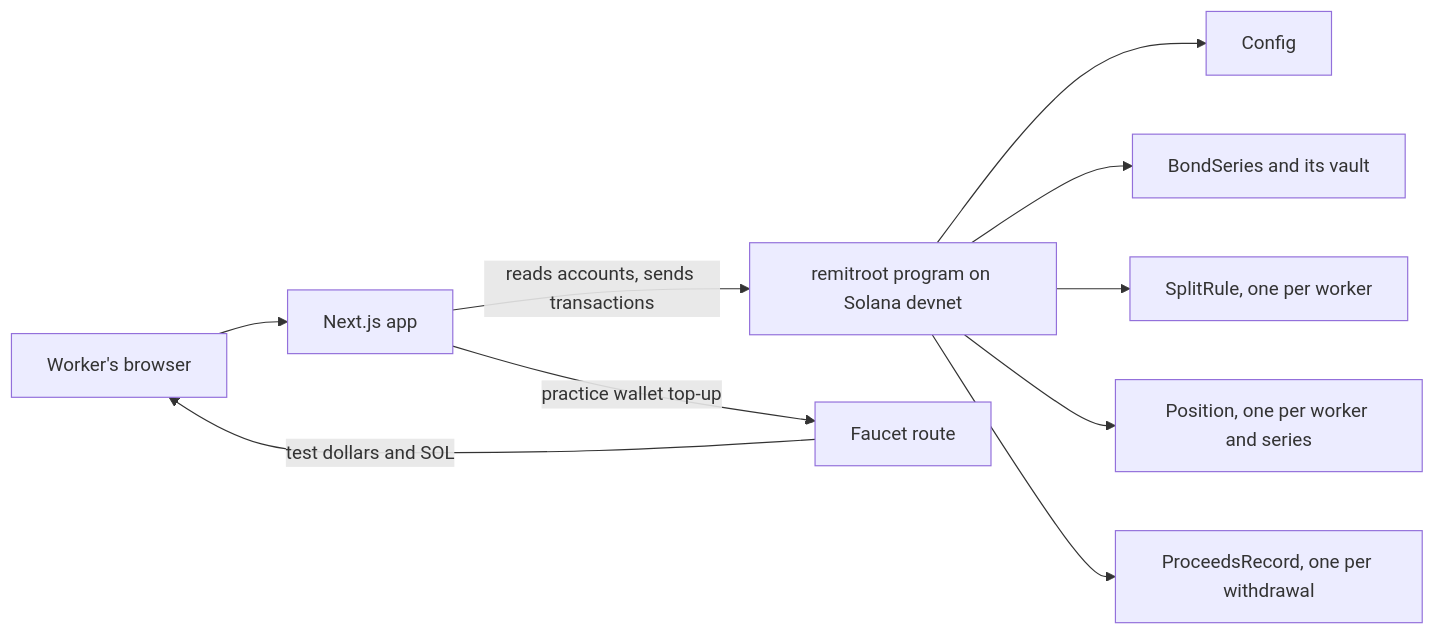
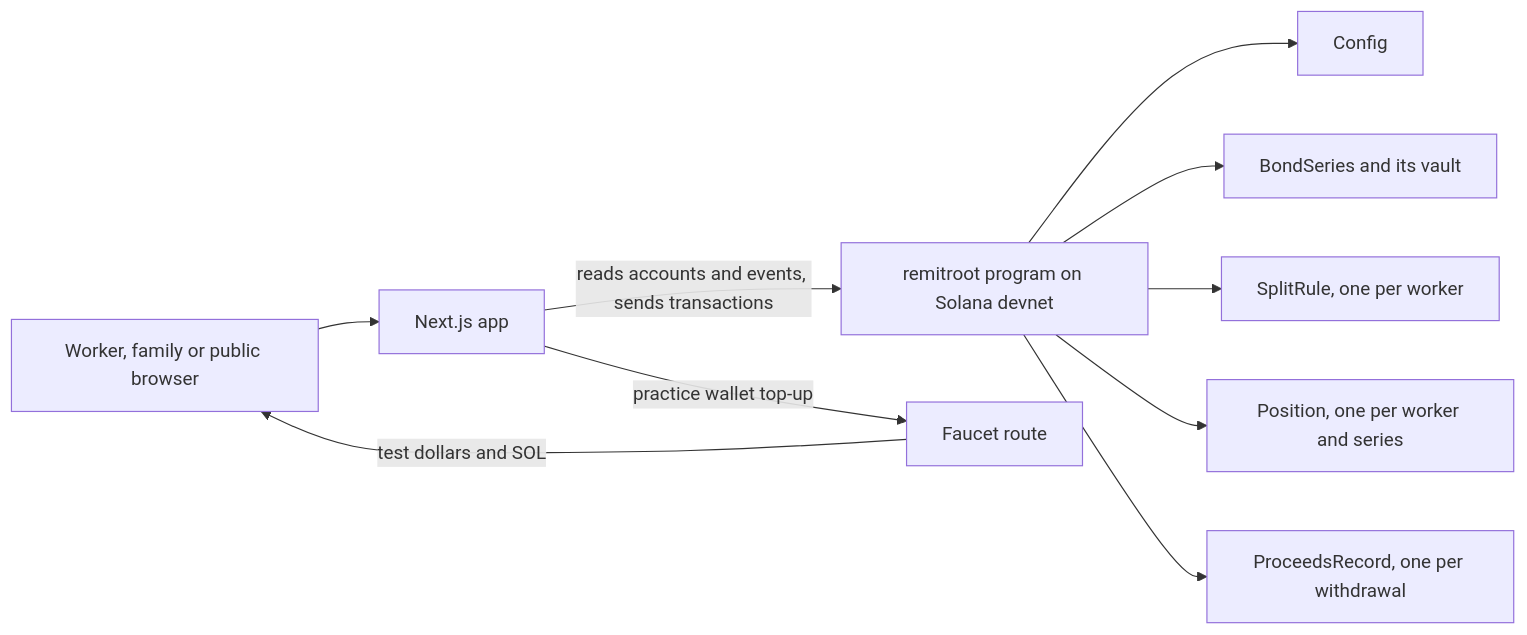
Before and after one commit to coderag10/RemitRoot: the diagram in README.md, drawn with Mermaid. The commit also changed other lines of this file, not shown here.

Commit message:
docs: README for program and app v2 with new devnet addresses

````diff
--- a/README.md
+++ b/README.md
@@ -52,12 +52,12 @@
 ```mermaid
 flowchart LR
-    W[Worker's browser] --> A[Next.js app]
-    A -->|reads accounts, sends transactions| P[remitroot program on Solana devnet]
+    W[Worker, family or public browser] --> A[Next.js app]
+    A -->|reads accounts and events, sends transactions| P[remitroot program on Solana devnet]
     A -->|practice wallet top-up| F[Faucet route]
     F -->|test dollars and SOL| W
     P --> C[Config]
     P --> S[BondSeries and its vault]
     P --> R[SplitRule, one per worker]
     P --> O[Position, one per worker and series]
     P --> U[ProceedsRecord, one per withdrawal]
 ```
````
